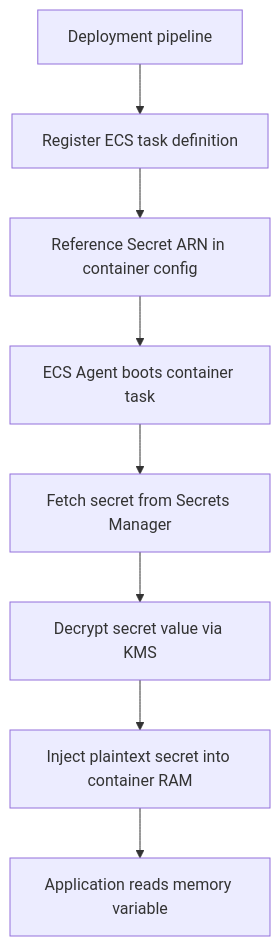
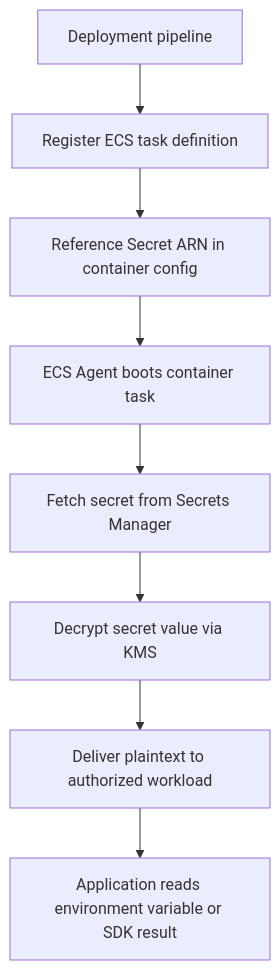
One commit to senlinyy/dev-roadmaps changed the first of 2 diagrams in cloud-providers/aws/identity-security/03-secrets-encryption-and-security-evidence.md. Above: the diagram before and after it, drawn with Mermaid. The commit also changed other lines of this file and 530 other files, not shown here.

````diff
--- a/cloud-providers/aws/identity-security/03-secrets-encryption-and-security-evidence.md
+++ b/cloud-providers/aws/identity-security/03-secrets-encryption-and-security-evidence.md
@@ -90,10 +90,10 @@
 ```mermaid
 flowchart TD
     Registry[Deployment pipeline] --> Register[Register ECS task definition]
     Register --> SecretARN[Reference Secret ARN in container config]
     SecretARN --> ECSAgent[ECS Agent boots container task]
     ECSAgent --> Fetch[Fetch secret from Secrets Manager]
     Fetch --> Decrypt[Decrypt secret value via KMS]
-    Decrypt --> Inject[Inject plaintext secret into container RAM]
-    Inject --> App[Application reads memory variable]
+    Decrypt --> Deliver[Deliver plaintext to authorized workload]
+    Deliver --> App[Application reads environment variable or SDK result]
 ```
````
